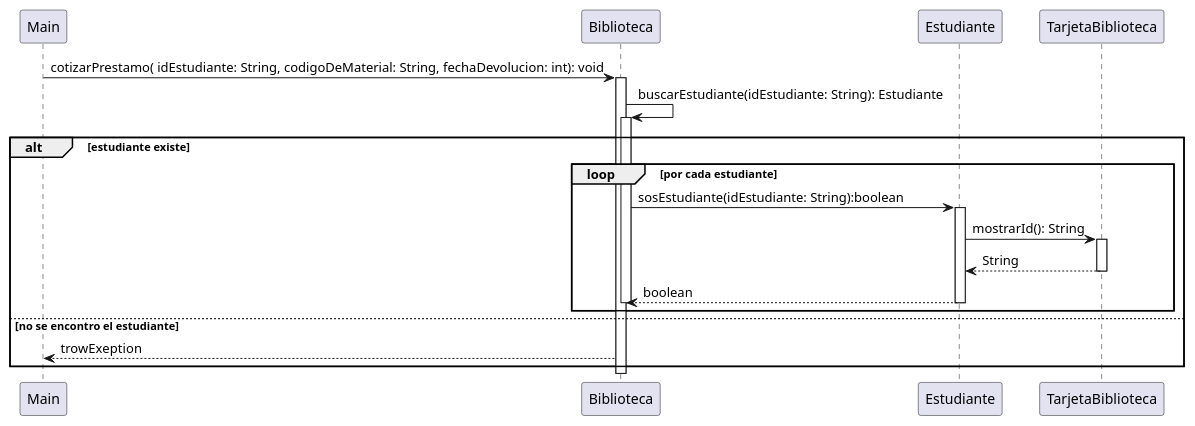
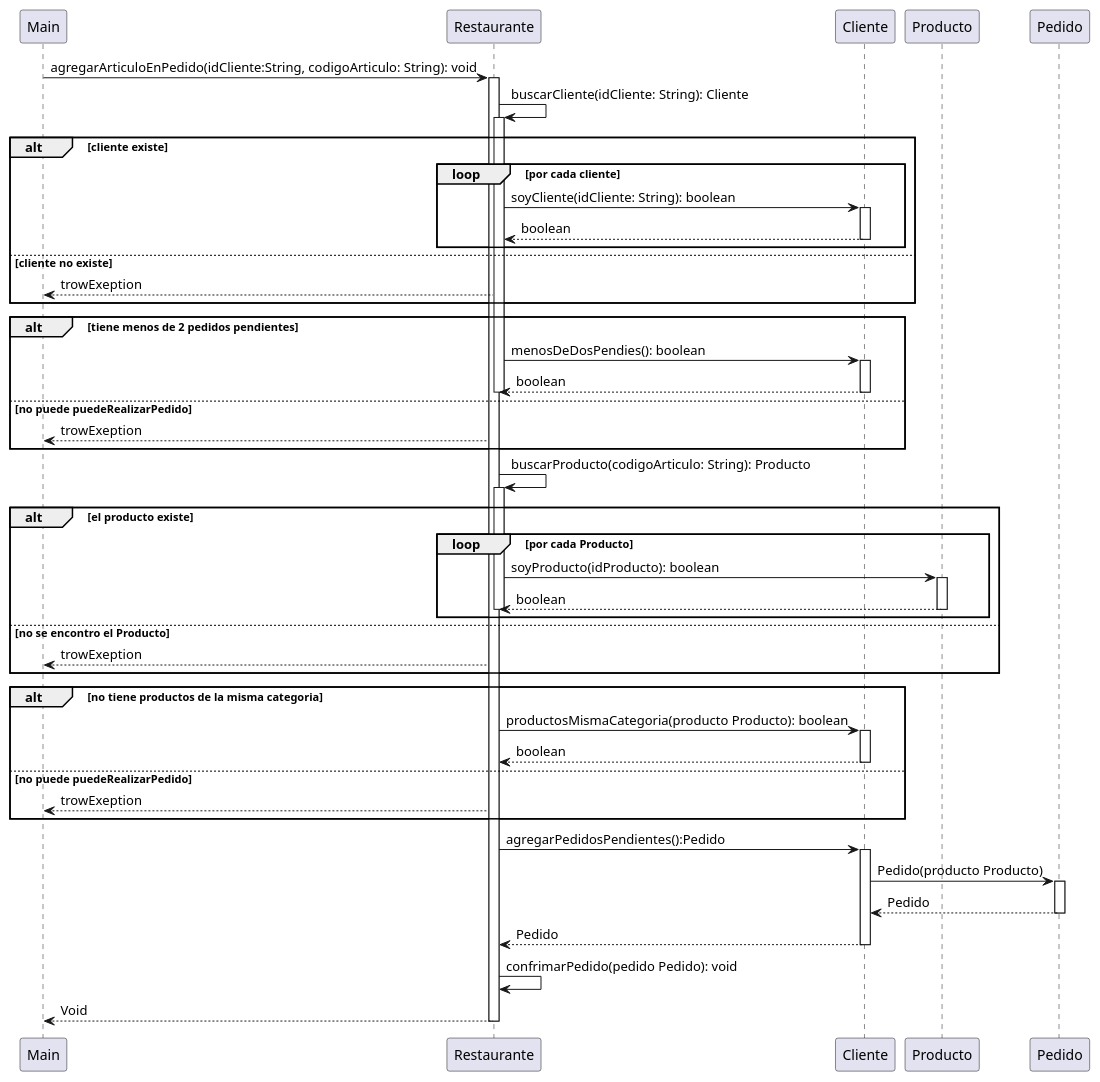
The diagram in src/Diagrams/SequenceDiagram1.puml (ianlio-git/Recuperatorio), drawn with PlantUML before and after one commit. The commit also changed 6 other files, not shown here.

```diff
--- a/src/Diagrams/SequenceDiagram1.puml
+++ b/src/Diagrams/SequenceDiagram1.puml
@@ -1,26 +1,62 @@
 @startuml
 'https://plantuml.com/class-diagram
-Main -> Biblioteca :cotizarPrestamo( idEstudiante: String, codigoDeMaterial: String, fechaDevolucion: int): void
-activate Biblioteca
- Biblioteca -> Biblioteca: buscarEstudiante(idEstudiante: String): Estudiante
-    alt estudiante existe
+Main -> Restaurante :agregarArticuloEnPedido(idCliente:String, codigoArticulo: String): void
+activate Restaurante
+ Restaurante -> Restaurante: buscarCliente(idCliente: String): Cliente
+    alt cliente existe
+        loop por cada cliente
+            activate Restaurante
+            Restaurante -> Cliente: soyCliente(idCliente: String): boolean
+                activate Cliente
+                    Restaurante <-- Cliente:  boolean
+                deactivate Cliente
+        end
+    else cliente no existe
+        Restaurante --> Main: trowExeption
+    end
+    alt tiene menos de 2 pedidos pendientes
+        Restaurante -> Cliente: menosDeDosPendies(): boolean
+            activate Cliente
+            Restaurante <-- Cliente:  boolean
+            deactivate Cliente
+        deactivate Restaurante
+    else  no puede puedeRealizarPedido
+    Restaurante --> Main: trowExeption
+    end
+     Restaurante -> Restaurante: buscarProducto(codigoArticulo: String): Producto
+     alt el producto existe
+            loop por cada Producto
+                activate Restaurante
+                Restaurante -> Producto: soyProducto(idProducto): boolean
+                    activate Producto
+                        Restaurante <-- Producto:  boolean
+                    deactivate Producto
+                deactivate Restaurante
+            end
+        else no se encontro el Producto
+        Restaurante --> Main: trowExeption
+        end
+         alt no tiene productos de la misma categoria
+                Restaurante -> Cliente: productosMismaCategoria(producto Producto): boolean
+                    activate Cliente
+                    Restaurante <-- Cliente:  boolean
+                    deactivate Cliente
 
-        loop por cada estudiante
 
-            activate Biblioteca
-            Biblioteca -> Estudiante:  sosEstudiante(idEstudiante: String):boolean
-                activate Estudiante
-                    Estudiante -> TarjetaBiblioteca: mostrarId(): String
-                    activate TarjetaBiblioteca
-                    TarjetaBiblioteca --> Estudiante: String
-                    deactivate TarjetaBiblioteca
-                    Biblioteca <-- Estudiante:  boolean
-                deactivate Estudiante
-            deactivate Biblioteca
-        end
+            else no puede puedeRealizarPedido
+            Restaurante --> Main: trowExeption
+            end
+             Restaurante -> Cliente: agregarPedidosPendientes():Pedido
+                     activate Cliente
+                     Cliente -> Pedido: Pedido(producto Producto)
 
-    else no se encontro el estudiante
-    Biblioteca --> Main: trowExeption
-    end
-deactivate Biblioteca
+                     activate Pedido
+                     Pedido -->Cliente: Pedido
+                     deactivate Pedido
+                     Cliente --> Restaurante: Pedido
+                     deactivate Cliente
+                     Restaurante -> Restaurante: confrimarPedido(pedido Pedido): void
+                     Restaurante --> Main: Void
+
+deactivate Restaurante
 @enduml
```
